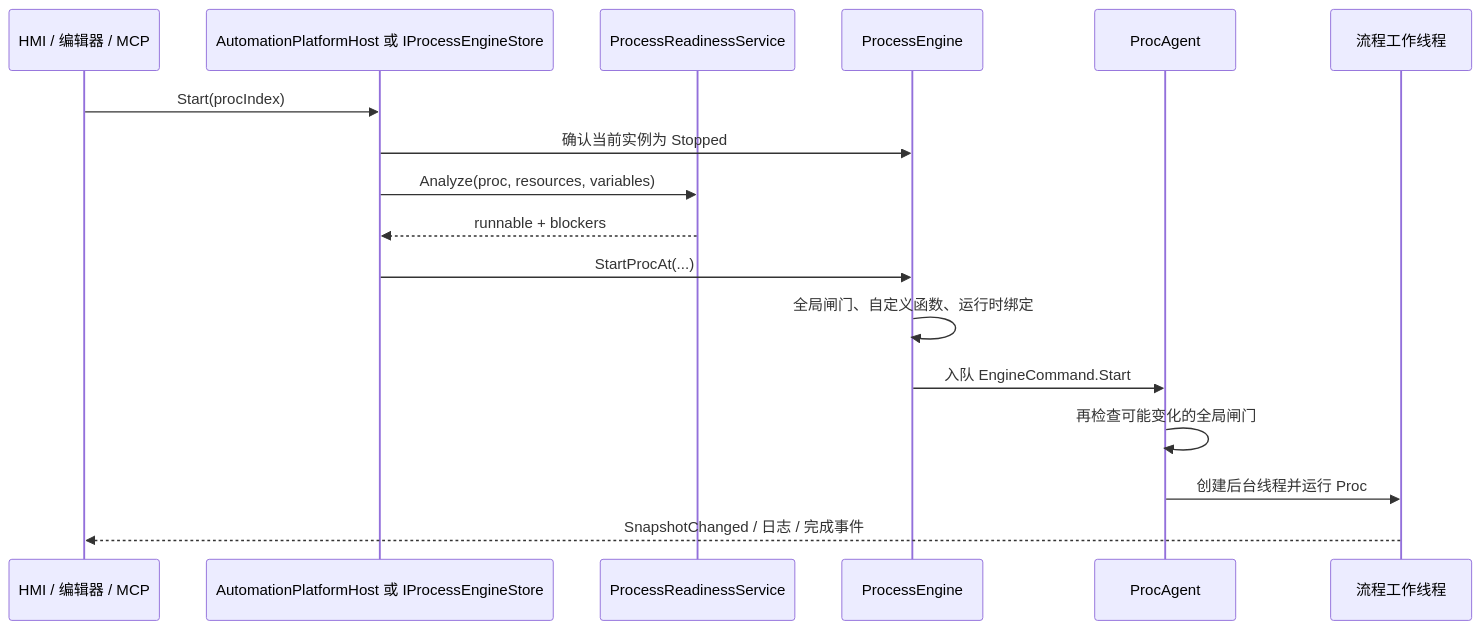
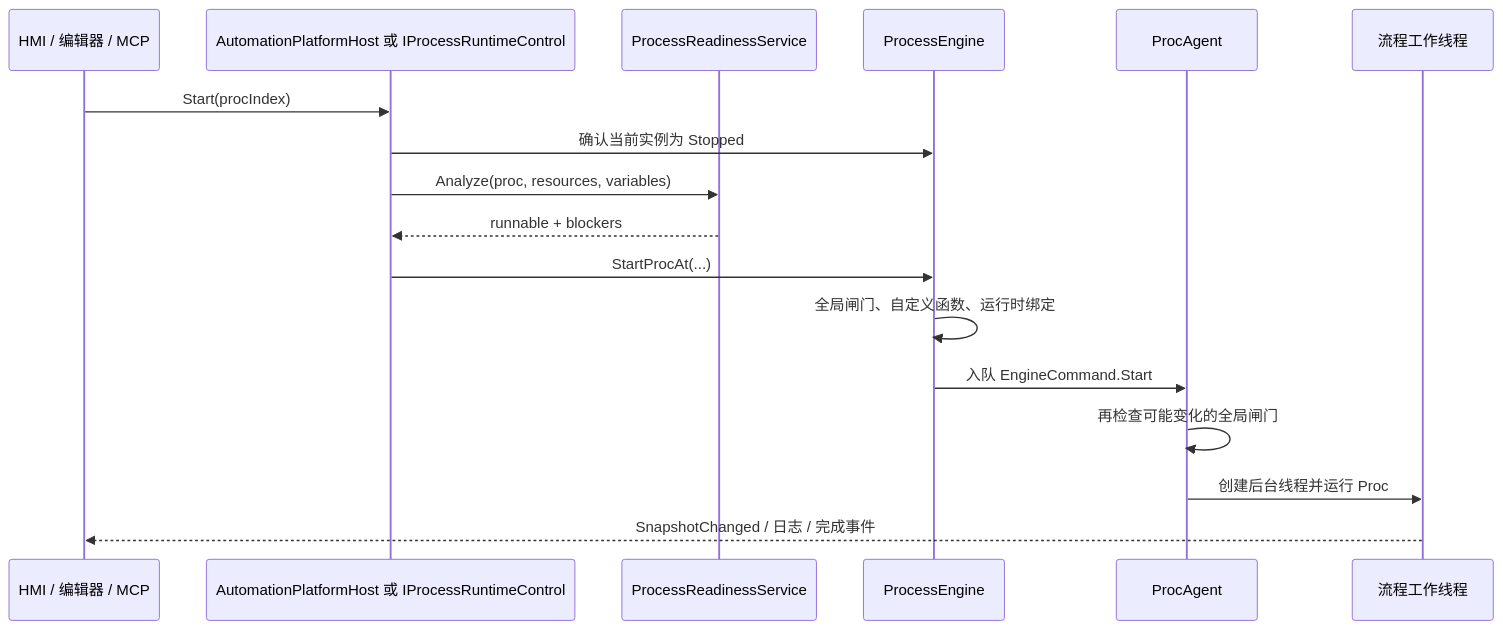
One commit to zeastwin/Automation changed the second of 2 diagrams in Docs/Architecture/03-流程编辑与运行.md. Above: the diagram before and after it, drawn with Mermaid. The commit also changed other lines of this file and 80 other files, not shown here.

````diff
--- a/Docs/Architecture/03-流程编辑与运行.md
+++ b/Docs/Architecture/03-流程编辑与运行.md
@@ -45,20 +45,20 @@
 ```mermaid
 sequenceDiagram
     participant Caller as HMI / 编辑器 / MCP
-    participant Host as AutomationPlatformHost 或 IProcessEngineStore
+    participant Host as AutomationPlatformHost 或 IProcessRuntimeControl
     participant Ready as ProcessReadinessService
     participant Engine as ProcessEngine
     participant Agent as ProcAgent
     participant Worker as 流程工作线程
 
     Caller->>Host: Start(procIndex)
     Host->>Engine: 确认当前实例为 Stopped
     Host->>Ready: Analyze(proc, resources, variables)
     Ready-->>Host: runnable + blockers
     Host->>Engine: StartProcAt(...)
     Engine->>Engine: 全局闸门、自定义函数、运行时绑定
     Engine->>Agent: 入队 EngineCommand.Start
     Agent->>Agent: 再检查可能变化的全局闸门
     Agent->>Worker: 创建后台线程并运行 Proc
     Worker-->>Caller: SnapshotChanged / 日志 / 完成事件
 ```
````
